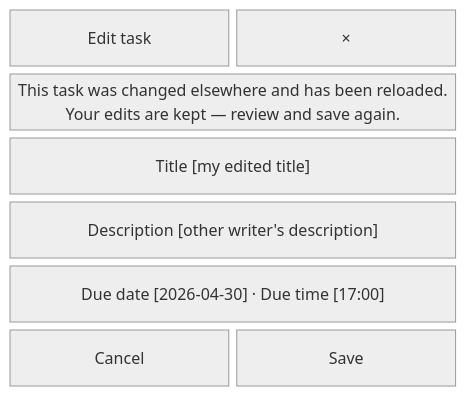
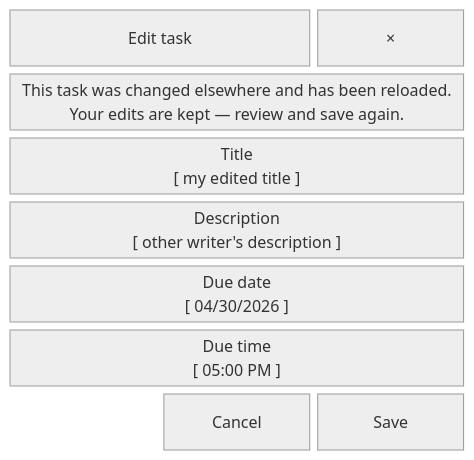
One commit to charlesmalo/FociToDo changed diagram 13 of 15 in docs/ui.md. Above: the diagram before and after it, drawn with Mermaid (neutral theme). The commit also changed other lines of this file and 25 other files, not shown here.

First line of the commit message:
docs(diagrams): match the wireframes and diagrams to the current UI and API

````diff
--- a/docs/ui.md
+++ b/docs/ui.md
@@ -231,10 +260,11 @@
 ```mermaid
 block-beta
-  columns 2
-  heading["Edit task"] close["×"]
-  notice["This task was changed elsewhere and has been reloaded.<br/>Your edits are kept — review and save again."]:2
-  titlefield["Title [my edited title]"]:2
-  description["Description [other writer's description]"]:2
-  due["Due date [2026-04-30] · Due time [17:00]"]:2
-  cancel["Cancel"] save["Save"]
+  columns 3
+  heading["Edit task"]:2 close["×"]
+  notice["This task was changed elsewhere and has been reloaded.<br/>Your edits are kept — review and save again."]:3
+  titlefield["Title<br/>[ my edited title ]"]:3
+  description["Description<br/>[ other writer's description ]"]:3
+  duedate["Due date<br/>[ 04/30/2026 ]"]:3
+  duetime["Due time<br/>[ 05:00 PM ]"]:3
+  space cancel["Cancel"] save["Save"]
 ```
````
